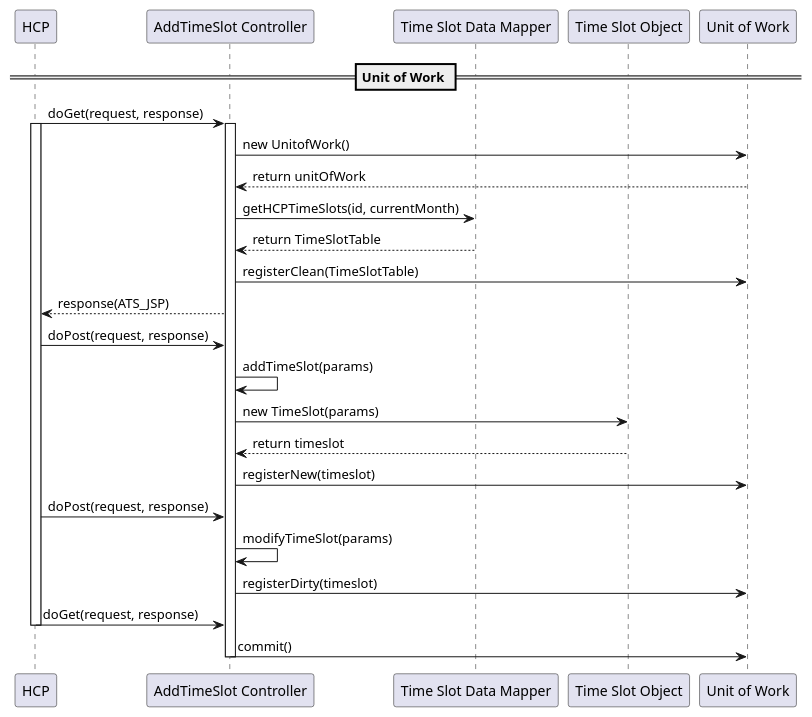
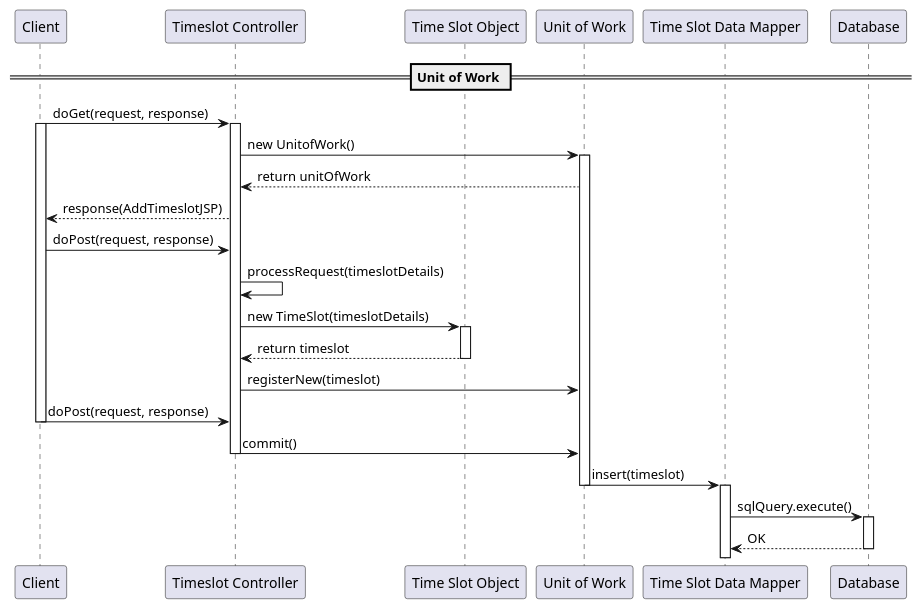
Before and after one commit to SWEN900072021/Covid19BookingSystem: the diagram in docs/part2/UoWSequenceDiagram.puml, drawn with PlantUML.

Commit message:
Updated diagram with discussion from workshop

```diff
--- a/docs/part2/UoWSequenceDiagram.puml
+++ b/docs/part2/UoWSequenceDiagram.puml
@@ -1,46 +1,50 @@
 @startuml
 'https://plantuml.com/sequence-diagram
 
 skinparam linetype polyline
 
-participant "HCP" as HCP
-participant "AddTimeSlot Controller" as ATS_Controller
-participant "Time Slot Data Mapper" as TS_Mapper
+participant "Client" as Client
+participant "Timeslot Controller" as ATS_Controller
 participant "Time Slot Object" as TS
 participant "Unit of Work" as UoW
+participant "Time Slot Data Mapper" as TS_Mapper
+participant "Database" as DB
+
 
 
 == Unit of Work ==
-HCP -> ATS_Controller: doGet(request, response)
-activate HCP
+Client -> ATS_Controller: doGet(request, response)
+activate Client
 activate ATS_Controller
 ATS_Controller -> UoW: new UnitofWork()
+activate UoW
 UoW --> ATS_Controller: return unitOfWork
-ATS_Controller -> TS_Mapper: getHCPTimeSlots(id, currentMonth)
+ATS_Controller --> Client: response(AddTimeslotJSP)
 
-TS_Mapper --> ATS_Controller: return TimeSlotTable
-ATS_Controller -> UoW: registerClean(TimeSlotTable)
-ATS_Controller --> HCP: response(ATS_JSP)
-
-HCP -> ATS_Controller: doPost(request, response)
-ATS_Controller -> ATS_Controller: addTimeSlot(params)
-ATS_Controller -> TS: new TimeSlot(params)
+Client -> ATS_Controller: doPost(request, response)
+ATS_Controller -> ATS_Controller: processRequest(timeslotDetails)
+ATS_Controller -> TS: new TimeSlot(timeslotDetails)
+activate TS
 TS --> ATS_Controller: return timeslot
+deactivate TS
 ATS_Controller -> UoW: registerNew(timeslot)
 
-HCP -> ATS_Controller: doPost(request, response)
-ATS_Controller -> ATS_Controller: modifyTimeSlot(params)
-ATS_Controller -> UoW: registerDirty(timeslot)
+Client -> ATS_Controller: doPost(request, response)
+deactivate Client
+ATS_Controller -> UoW: commit()
+deactivate ATS_Controller
+UoW -> TS_Mapper: insert(timeslot)
+deactivate UoW
+activate TS_Mapper
+TS_Mapper -> DB: sqlQuery.execute()
+activate DB
+DB --> TS_Mapper : OK
+deactivate DB
 
-HCP -> ATS_Controller: doGet(request, response)
-deactivate HCP
-ATS_Controller -> UoW: commit()
-
-deactivate ATS_Controller
 
 
 
 
 
 
 @enduml
```
